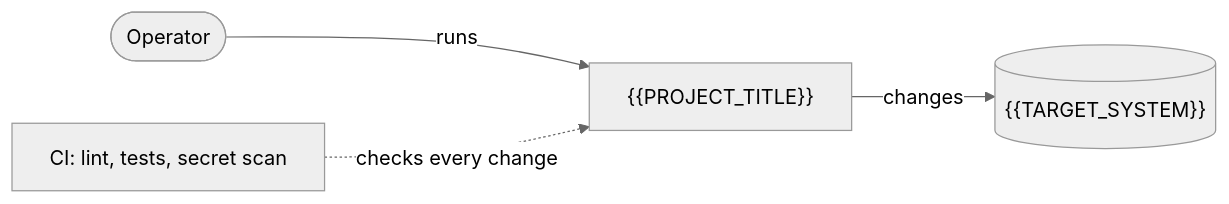
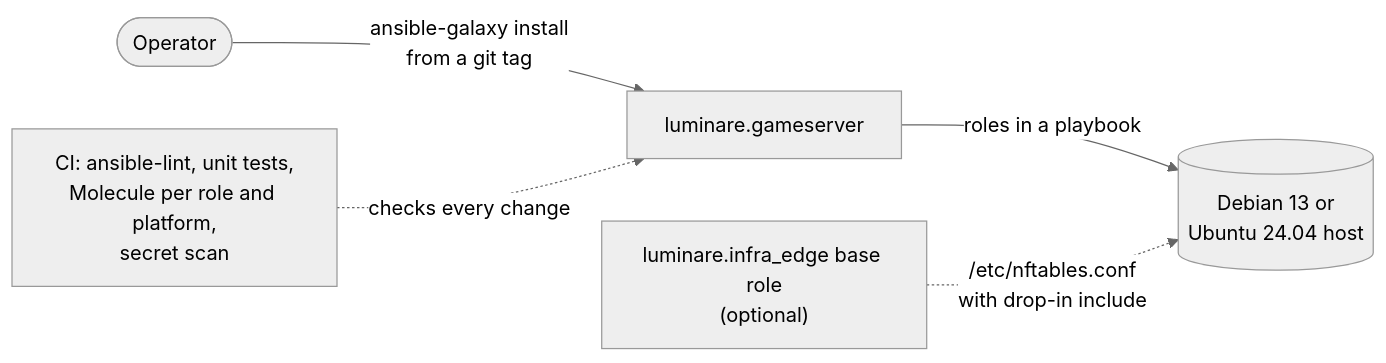
Before and after one commit to luminare-dev/ansible-collection-gameserver: the diagram in README.md, drawn with Mermaid (neutral theme). The commit also changed other lines of this file and 45 other files, not shown here.

First line of the commit message:
chore: set up the luminare.gameserver collection from the template (#2)

````diff
--- a/README.md
+++ b/README.md
@@ -60,6 +50,7 @@
 ```mermaid
 flowchart LR
-    operator(["Operator"]) -->|"runs"| project["{{PROJECT_TITLE}}"]
-    project -->|"changes"| target[("{{TARGET_SYSTEM}}")]
-    ci["CI: lint, tests, secret scan"] -.->|"checks every change"| project
+    operator(["Operator"]) -->|"ansible-galaxy install<br/>from a git tag"| collection["luminare.gameserver"]
+    collection -->|"roles in a playbook"| host[("Debian 13 or<br/>Ubuntu 24.04 host")]
+    edge["luminare.infra_edge base role<br/>(optional)"] -.->|"/etc/nftables.conf<br/>with drop-in include"| host
+    ci["CI: ansible-lint, unit tests,<br/>Molecule per role and platform,<br/>secret scan"] -.->|"checks every change"| collection
 ```
````
